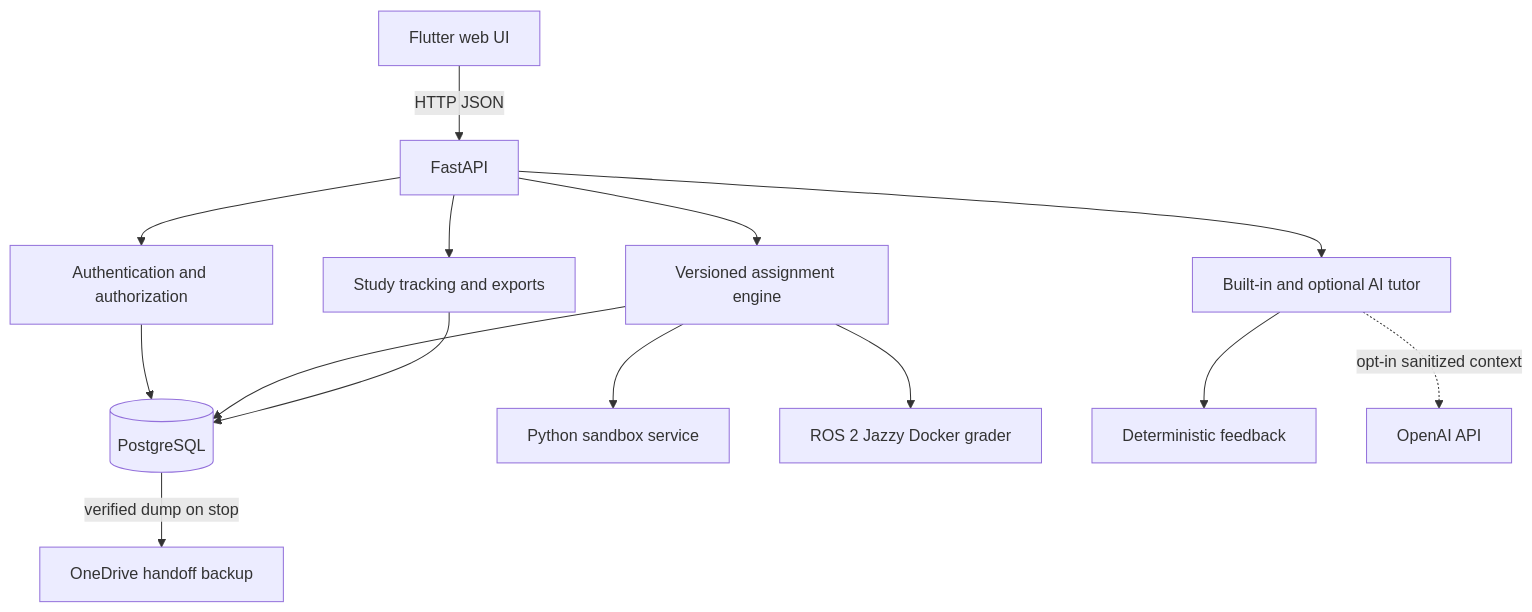
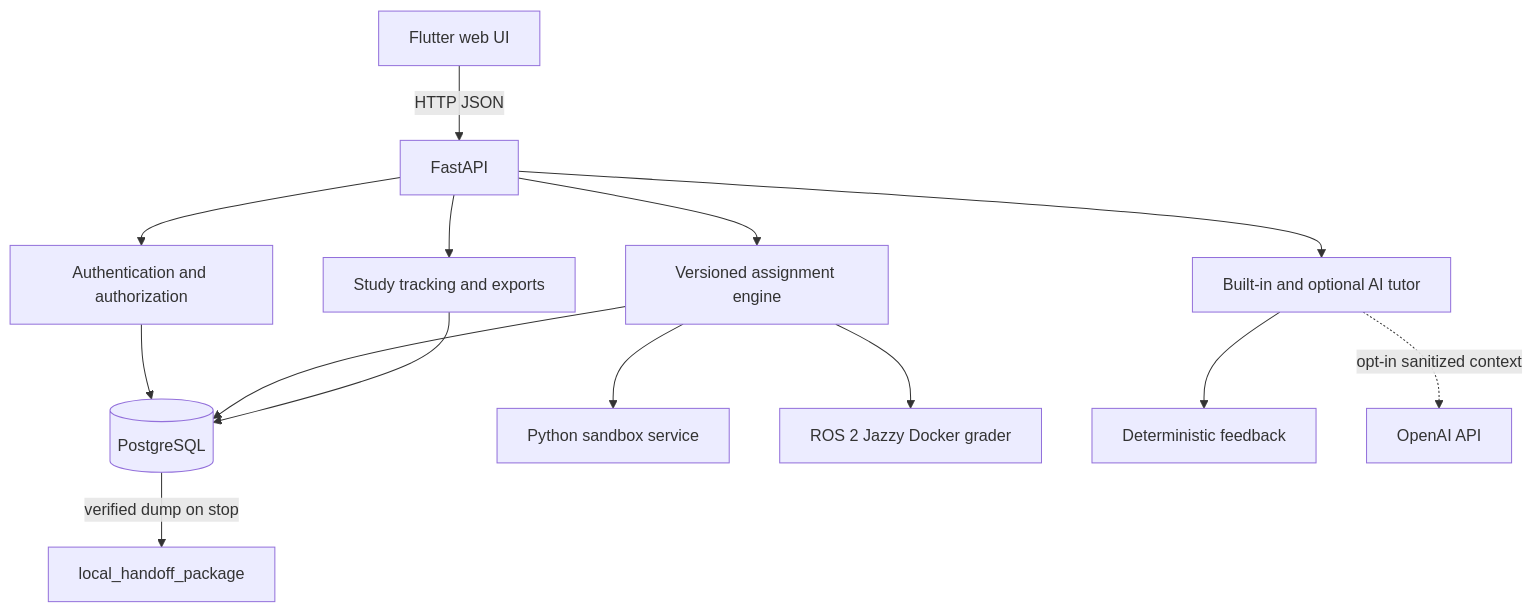
One commit to CS-Ponkoj/Robotics-Programming-Lab-Live changed the second of 2 diagrams in README.md. Above: the diagram before and after it, drawn with Mermaid. The commit also changed other lines of this file and 30 other files, not shown here.

````diff
--- a/README.md
+++ b/README.md
@@ -171,16 +115,16 @@
 ```mermaid
 flowchart TB
     Browser[Flutter web UI] -->|HTTP JSON| API[FastAPI]
     API --> Auth[Authentication and authorization]
     API --> Engine[Versioned assignment engine]
     API --> Tutor[Built-in and optional AI tutor]
     API --> Research[Study tracking and exports]
     Auth --> DB[(PostgreSQL)]
     Engine --> DB
     Research --> DB
-    DB -->|verified dump on stop| Backup[OneDrive handoff backup]
+    DB -->|verified dump on stop| Backup[local_handoff_package]
     Engine --> PythonSandbox[Python sandbox service]
     Engine --> ROS[ROS 2 Jazzy Docker grader]
     Tutor --> BuiltIn[Deterministic feedback]
     Tutor -. opt-in sanitized context .-> OpenAI[OpenAI API]
 ```
````
